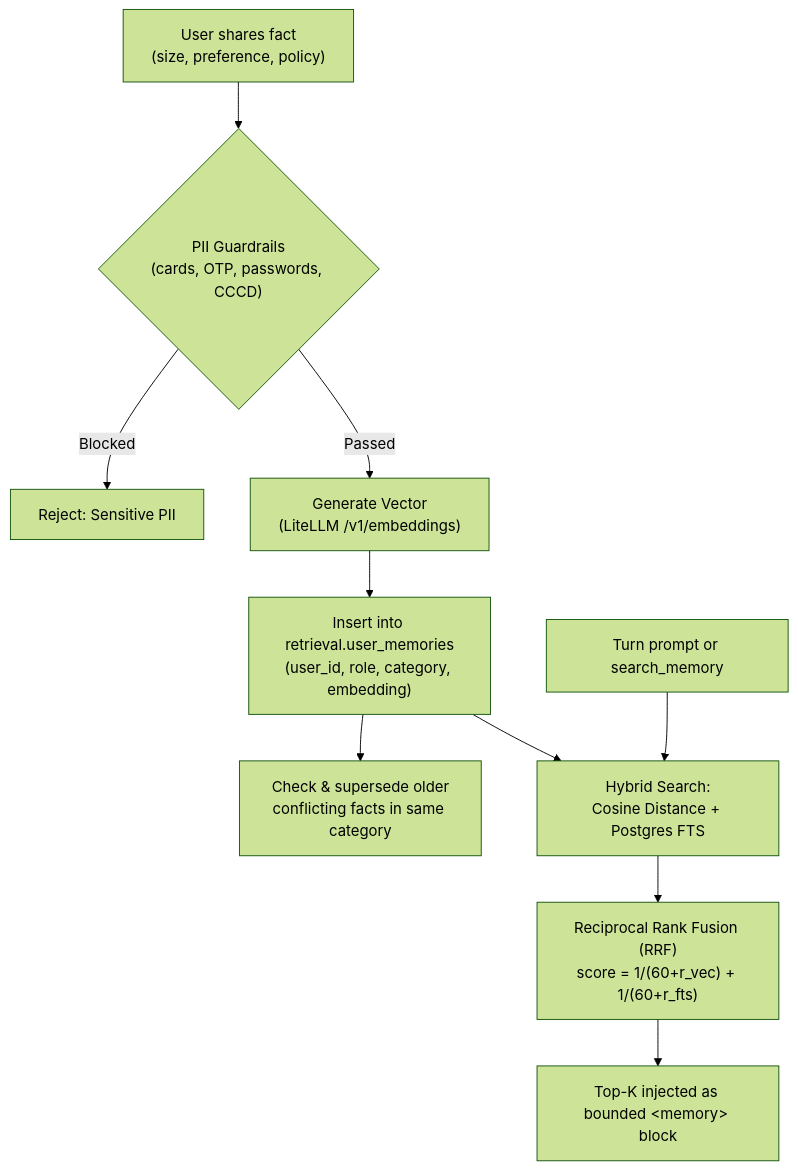
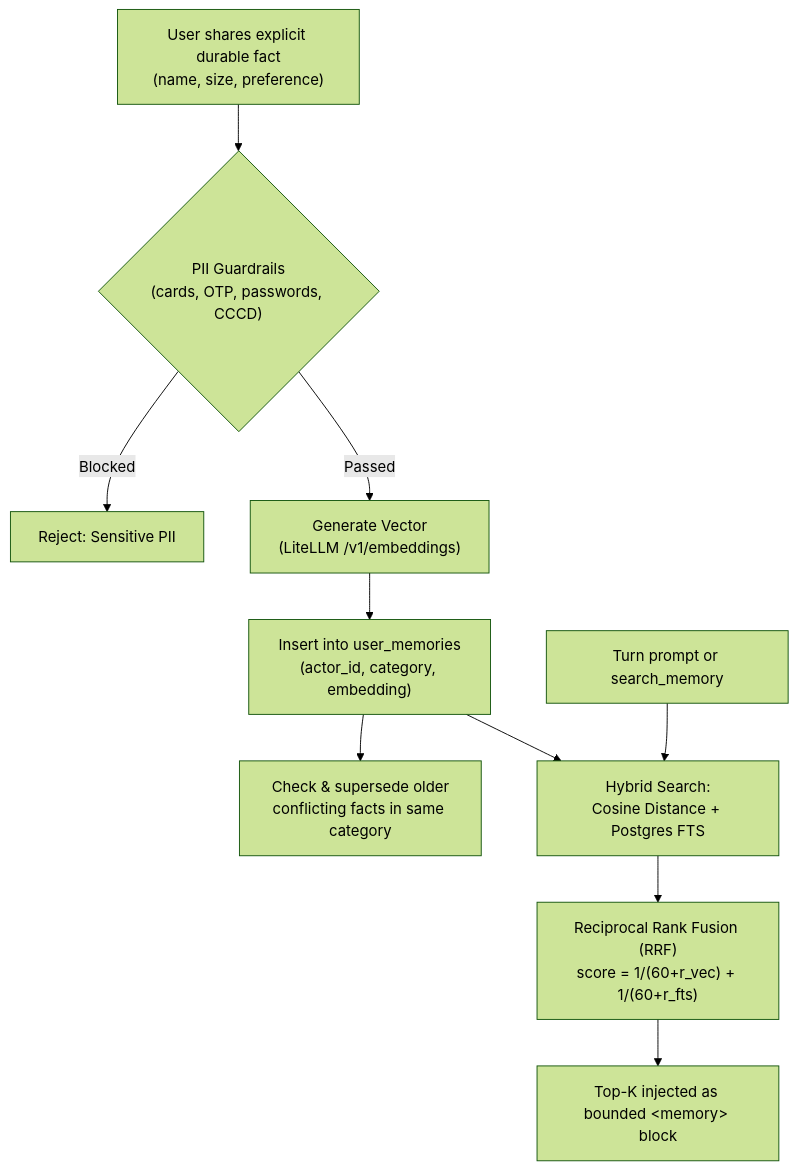
The third of 3 diagrams in README.md (shopnexus/agent), drawn with Mermaid (forest theme) before and after one commit. The commit also changed other lines of this file and 5 other files, not shown here.

````diff
--- a/README.md
+++ b/README.md
@@ -85,13 +80,13 @@
 ```mermaid
 flowchart TD
-  UserFact["User shares fact<br/>(size, preference, policy)"] --> Guardrails{"PII Guardrails<br/>(cards, OTP, passwords, CCCD)"}
+  UserFact["User shares explicit durable fact<br/>(name, size, preference)"] --> Guardrails{"PII Guardrails<br/>(cards, OTP, passwords, CCCD)"}
   Guardrails -->|Blocked| Reject["Reject: Sensitive PII"]
   Guardrails -->|Passed| LiteLLM["Generate Vector<br/>(LiteLLM /v1/embeddings)"]
-  LiteLLM --> Store["Insert into retrieval.user_memories<br/>(user_id, role, category, embedding)"]
+  LiteLLM --> Store["Insert into user_memories<br/>(actor_id, category, embedding)"]
   Store --> Supersede["Check & supersede older<br/>conflicting facts in same category"]
   
   Query["Turn prompt or search_memory"] --> HybridSearch["Hybrid Search:<br/>Cosine Distance + Postgres FTS"]
   Store --> HybridSearch
   HybridSearch --> RRF["Reciprocal Rank Fusion (RRF)<br/>score = 1/(60+r_vec) + 1/(60+r_fts)"]
   RRF --> Block["Top-K injected as bounded &lt;memory&gt; block"]
 ```
````
